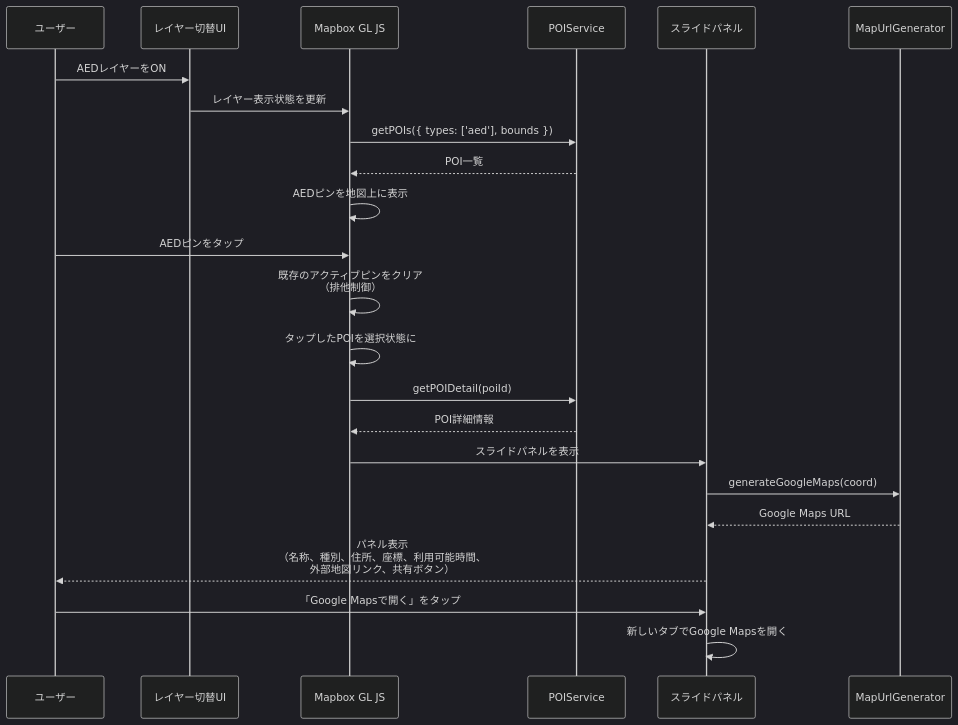
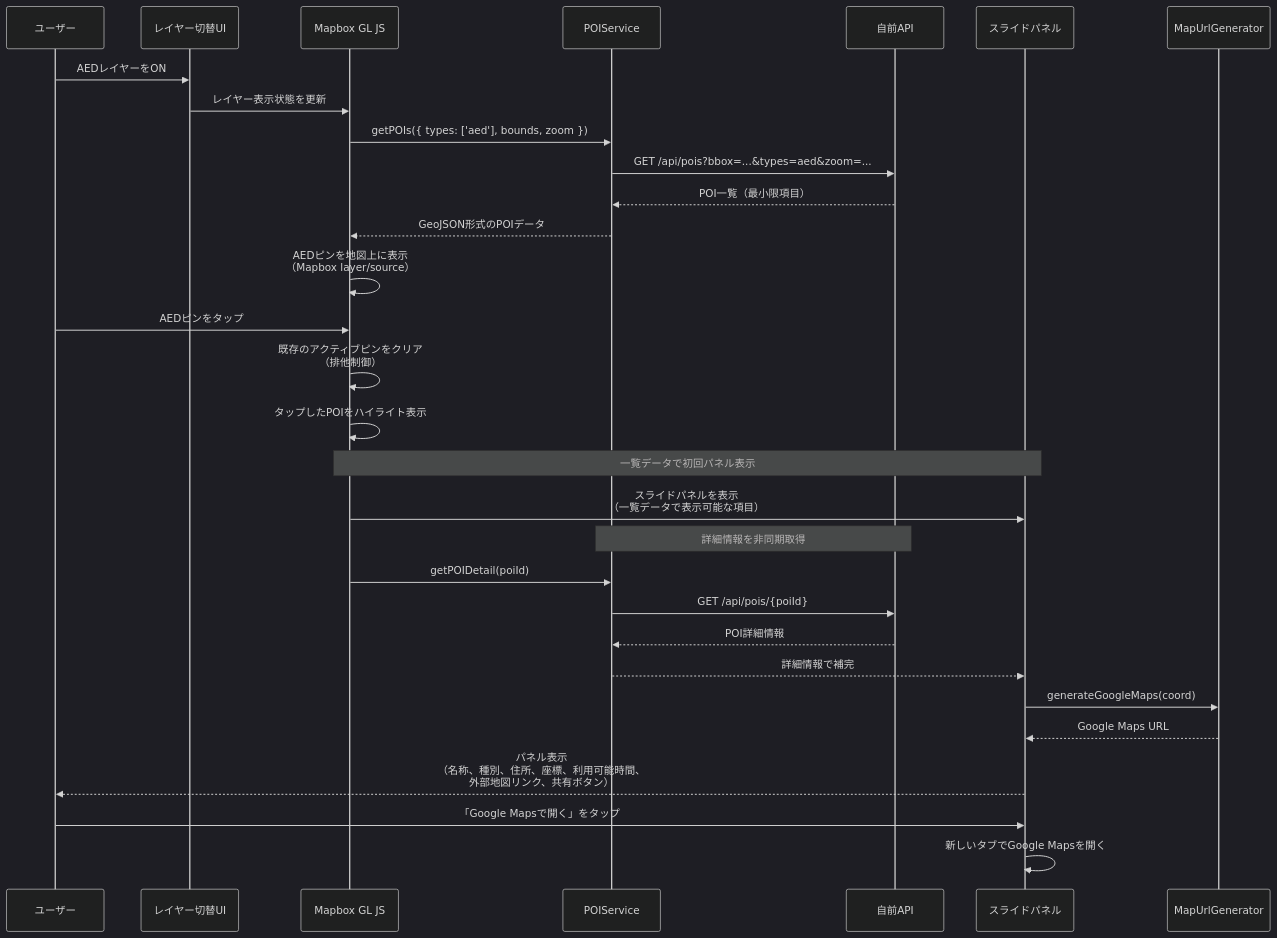
One commit to oyaakihisa/ichi-link changed the eighth of 10 diagrams in docs/functional-design.md. Above: the diagram before and after it, drawn with Mermaid (dark theme). The commit also changed other lines of this file and 4 other files, not shown here.

````diff
--- a/docs/functional-design.md
+++ b/docs/functional-design.md
@@ -834,29 +882,38 @@
 ```mermaid
 sequenceDiagram
     participant User as ユーザー
     participant LayerUI as レイヤー切替UI
     participant Map as Mapbox GL JS
     participant POISvc as POIService
+    participant API as 自前API
     participant Panel as スライドパネル
     participant MapGen as MapUrlGenerator
 
     User->>LayerUI: AEDレイヤーをON
     LayerUI->>Map: レイヤー表示状態を更新
-    Map->>POISvc: getPOIs({ types: ['aed'], bounds })
-    POISvc-->>Map: POI一覧
-    Map->>Map: AEDピンを地図上に表示
+    Map->>POISvc: getPOIs({ types: ['aed'], bounds, zoom })
+    POISvc->>API: GET /api/pois?bbox=...&types=aed&zoom=...
+    API-->>POISvc: POI一覧（最小限項目）
+    POISvc-->>Map: GeoJSON形式のPOIデータ
+    Map->>Map: AEDピンを地図上に表示<br/>（Mapbox layer/source）
 
     User->>Map: AEDピンをタップ
     Map->>Map: 既存のアクティブピンをクリア<br/>（排他制御）
-    Map->>Map: タップしたPOIを選択状態に
+    Map->>Map: タップしたPOIをハイライト表示
+
+    Note over Map,Panel: 一覧データで初回パネル表示
+    Map->>Panel: スライドパネルを表示<br/>（一覧データで表示可能な項目）
+
+    Note over POISvc,API: 詳細情報を非同期取得
     Map->>POISvc: getPOIDetail(poiId)
-    POISvc-->>Map: POI詳細情報
+    POISvc->>API: GET /api/pois/{poiId}
+    API-->>POISvc: POI詳細情報
+    POISvc-->>Panel: 詳細情報で補完
 
-    Map->>Panel: スライドパネルを表示
     Panel->>MapGen: generateGoogleMaps(coord)
     MapGen-->>Panel: Google Maps URL
     Panel-->>User: パネル表示<br/>（名称、種別、住所、座標、利用可能時間、<br/>外部地図リンク、共有ボタン）
 
     User->>Panel: 「Google Mapsで開く」をタップ
     Panel->>Panel: 新しいタブでGoogle Mapsを開く
 ```
````
